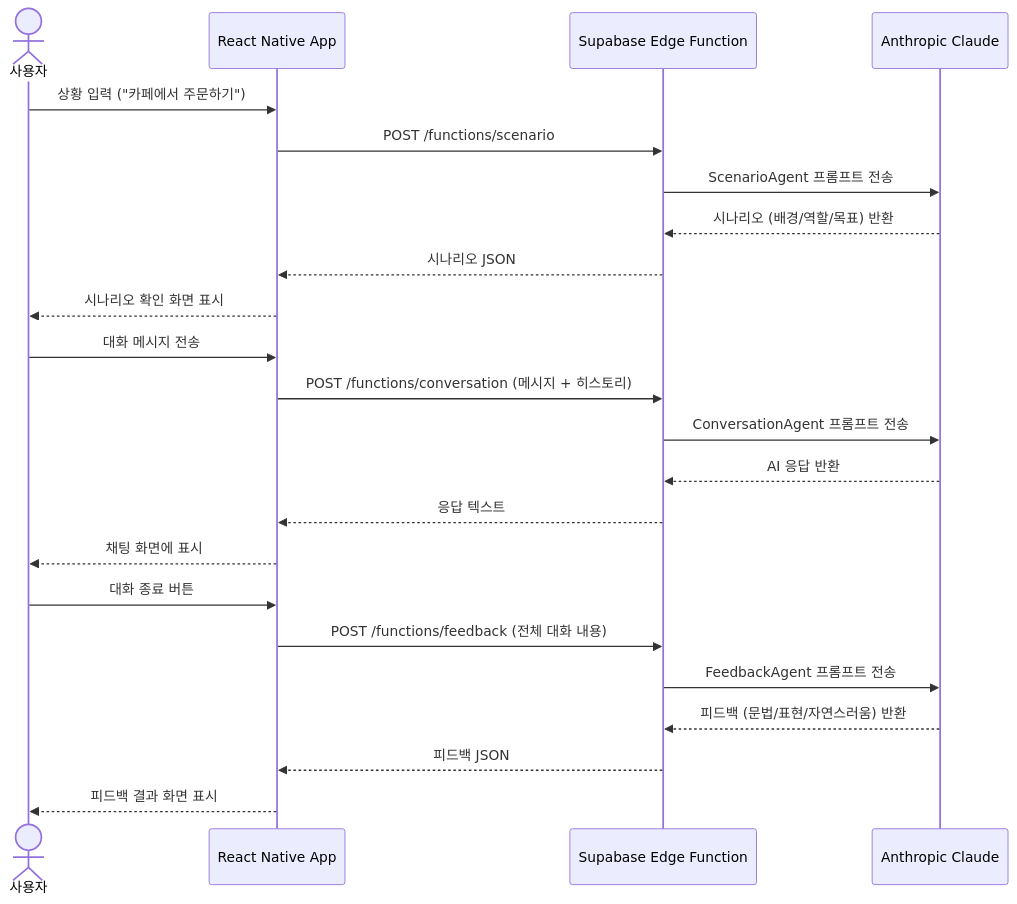
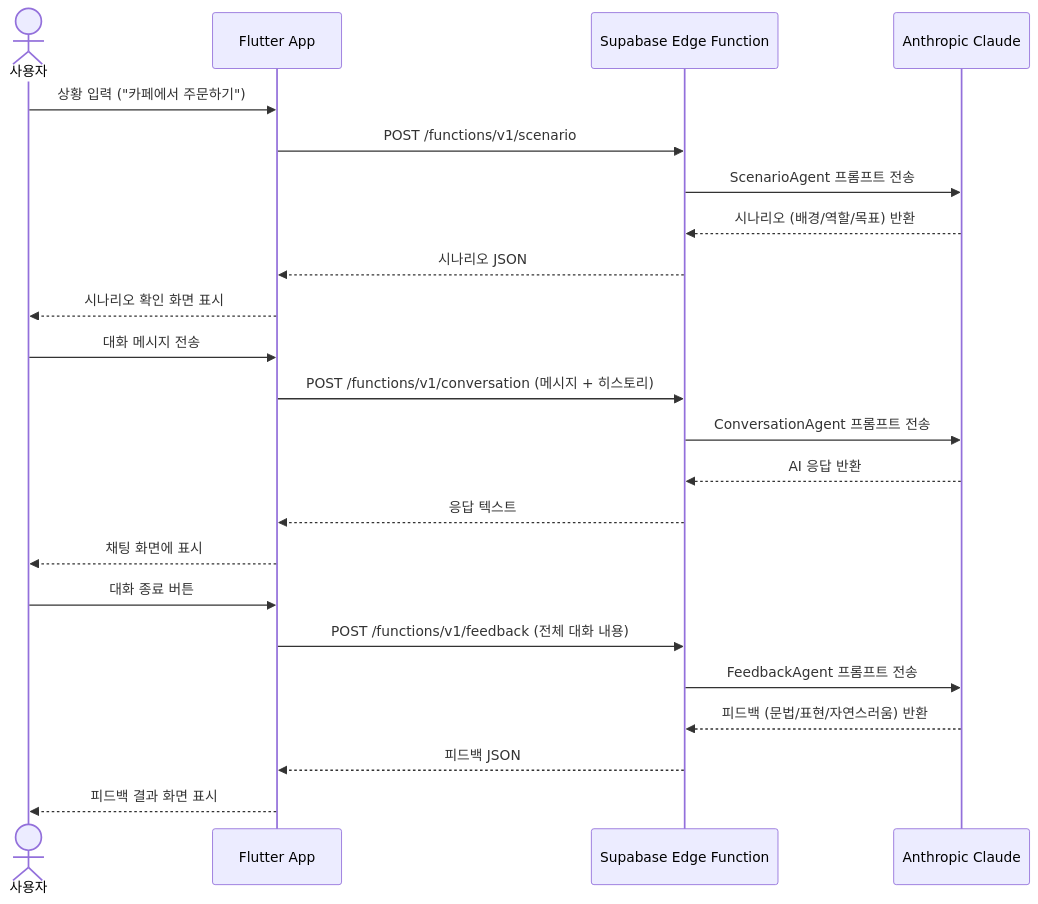
One commit to Gyun-Ryeong/AppPrograming changed the second of 4 diagrams in docs/architecture.md. Above: the diagram before and after it, drawn with Mermaid. The commit also changed other lines of this file and 180 other files, not shown here.

````diff
--- a/docs/architecture.md
+++ b/docs/architecture.md
@@ -99,28 +102,28 @@
 ```mermaid
 sequenceDiagram
     actor 사용자
-    participant App as React Native App
+    participant App as Flutter App
     participant Edge as Supabase Edge Function
     participant Claude as Anthropic Claude
 
     사용자->>App: 상황 입력 ("카페에서 주문하기")
-    App->>Edge: POST /functions/scenario
+    App->>Edge: POST /functions/v1/scenario
     Edge->>Claude: ScenarioAgent 프롬프트 전송
     Claude-->>Edge: 시나리오 (배경/역할/목표) 반환
     Edge-->>App: 시나리오 JSON
     App-->>사용자: 시나리오 확인 화면 표시
 
     사용자->>App: 대화 메시지 전송
-    App->>Edge: POST /functions/conversation (메시지 + 히스토리)
+    App->>Edge: POST /functions/v1/conversation (메시지 + 히스토리)
     Edge->>Claude: ConversationAgent 프롬프트 전송
     Claude-->>Edge: AI 응답 반환
     Edge-->>App: 응답 텍스트
     App-->>사용자: 채팅 화면에 표시
 
     사용자->>App: 대화 종료 버튼
-    App->>Edge: POST /functions/feedback (전체 대화 내용)
+    App->>Edge: POST /functions/v1/feedback (전체 대화 내용)
     Edge->>Claude: FeedbackAgent 프롬프트 전송
     Claude-->>Edge: 피드백 (문법/표현/자연스러움) 반환
     Edge-->>App: 피드백 JSON
     App-->>사용자: 피드백 결과 화면 표시
 ```
````
